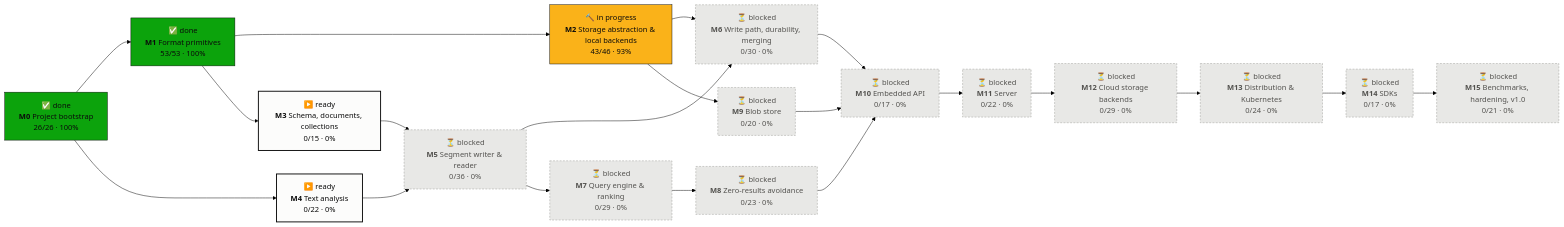
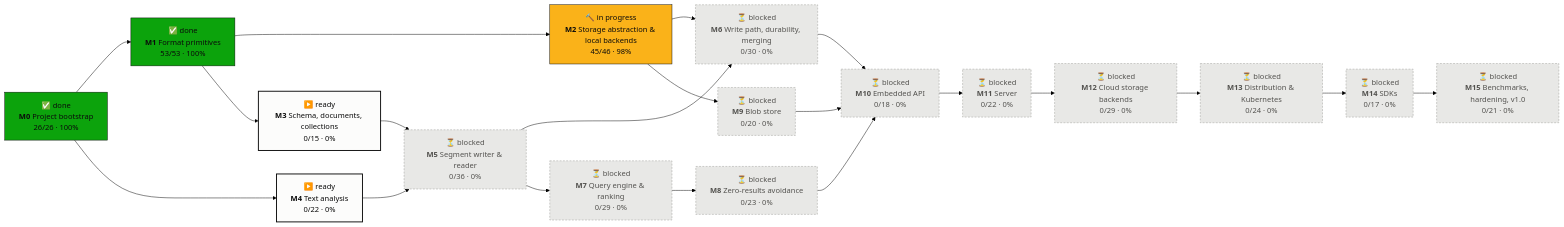
The first of 2 diagrams in PROGRESS.md (tomiok/persiaDB), drawn with Mermaid (forest theme) before and after one commit. The commit also changed other lines of this file and 2 other files, not shown here.

Commit message:
chore(roadmap): tick 2.3.10, 2.4.18

````diff
--- a/PROGRESS.md
+++ b/PROGRESS.md
@@ -14,42 +14,42 @@
 ```mermaid
 flowchart LR
   M0["✅ done<br/><b>M0</b> Project bootstrap<br/>26/26 · 100%"]:::done
   M1["✅ done<br/><b>M1</b> Format primitives<br/>53/53 · 100%"]:::done
-  M2["🔨 in progress<br/><b>M2</b> Storage abstraction & local backends<br/>43/46 · 93%"]:::doing
+  M2["🔨 in progress<br/><b>M2</b> Storage abstraction & local backends<br/>45/46 · 98%"]:::doing
   M3["▶️ ready<br/><b>M3</b> Schema, documents, collections<br/>0/15 · 0%"]:::ready
   M4["▶️ ready<br/><b>M4</b> Text analysis<br/>0/22 · 0%"]:::ready
   M5["⏳ blocked<br/><b>M5</b> Segment writer & reader<br/>0/36 · 0%"]:::blocked
   M6["⏳ blocked<br/><b>M6</b> Write path, durability, merging<br/>0/30 · 0%"]:::blocked
   M7["⏳ blocked<br/><b>M7</b> Query engine & ranking<br/>0/29 · 0%"]:::blocked
   M8["⏳ blocked<br/><b>M8</b> Zero-results avoidance<br/>0/23 · 0%"]:::blocked
   M9["⏳ blocked<br/><b>M9</b> Blob store<br/>0/20 · 0%"]:::blocked
-  M10["⏳ blocked<br/><b>M10</b> Embedded API<br/>0/17 · 0%"]:::blocked
+  M10["⏳ blocked<br/><b>M10</b> Embedded API<br/>0/18 · 0%"]:::blocked
   M11["⏳ blocked<br/><b>M11</b> Server<br/>0/22 · 0%"]:::blocked
   M12["⏳ blocked<br/><b>M12</b> Cloud storage backends<br/>0/29 · 0%"]:::blocked
   M13["⏳ blocked<br/><b>M13</b> Distribution & Kubernetes<br/>0/24 · 0%"]:::blocked
   M14["⏳ blocked<br/><b>M14</b> SDKs<br/>0/17 · 0%"]:::blocked
   M15["⏳ blocked<br/><b>M15</b> Benchmarks, hardening, v1.0<br/>0/21 · 0%"]:::blocked
   M0 --> M1
   M1 --> M2
   M1 --> M3
   M0 --> M4
   M3 --> M5
   M4 --> M5
   M2 --> M6
   M5 --> M6
   M5 --> M7
   M7 --> M8
   M2 --> M9
   M6 --> M10
   M8 --> M10
   M9 --> M10
   M10 --> M11
   M11 --> M12
   M12 --> M13
   M13 --> M14
   M14 --> M15
   classDef done fill:#0ca30c,stroke:#0b0b0b,color:#0b0b0b
   classDef doing fill:#fab219,stroke:#0b0b0b,color:#0b0b0b
   classDef ready fill:#fcfcfb,stroke:#0b0b0b,stroke-width:2px,color:#0b0b0b
   classDef blocked fill:#e8e8e6,stroke:#9a9a96,stroke-dasharray:4 3,color:#52514e
 ```
````
